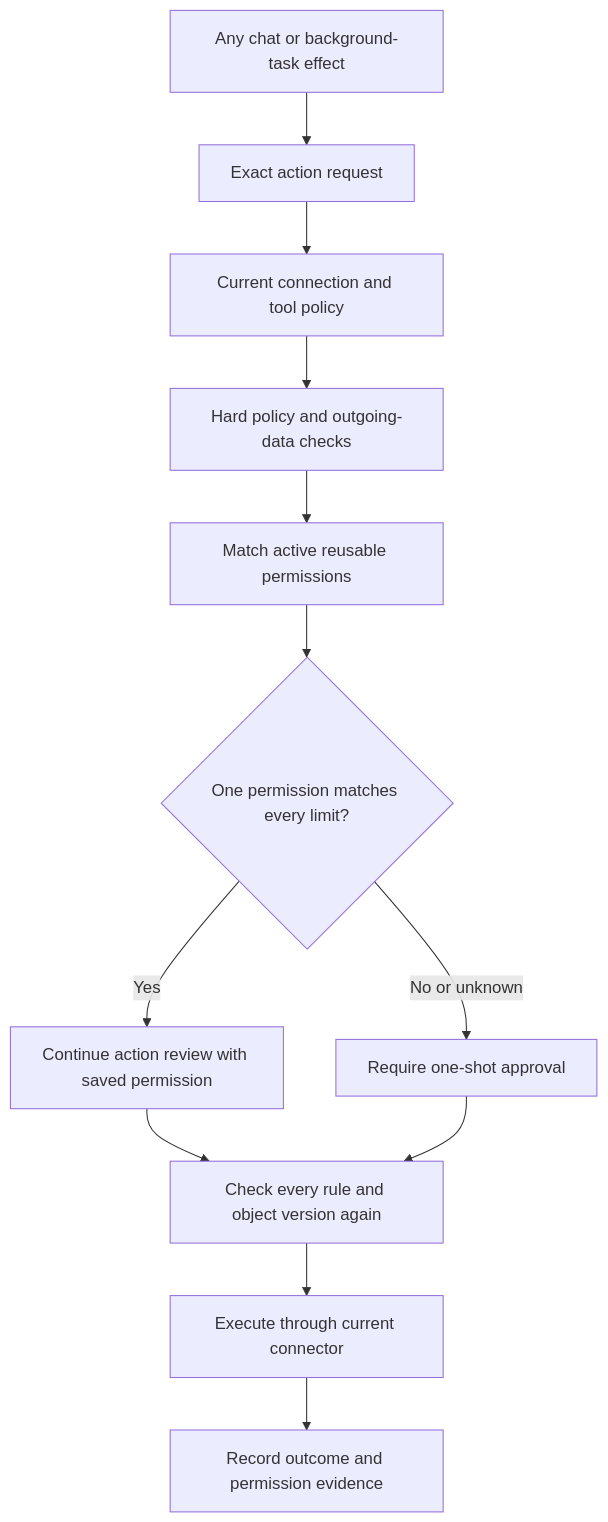
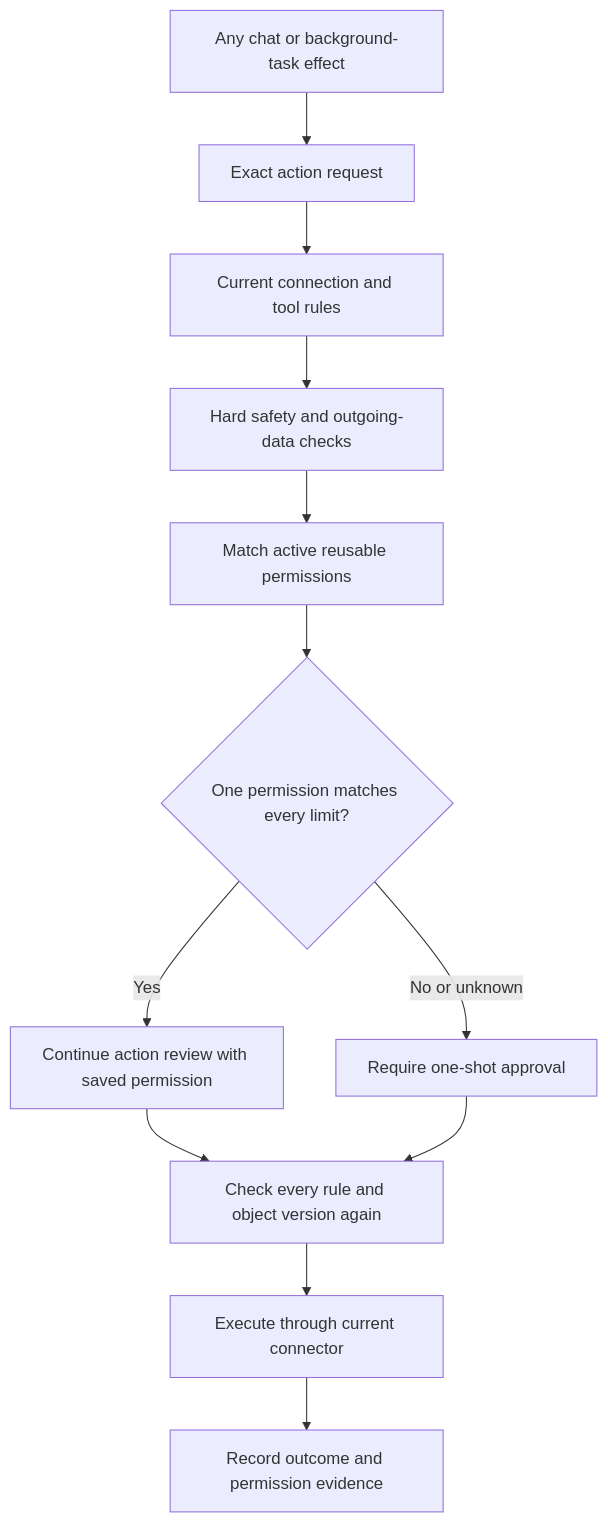
Before and after one commit to kpsuperplane/Noema: diagram 26 of 29 in docs/superpowers/plans/2026-08-08-noema-practical-reliability-roadmap.md, drawn with Mermaid. The commit also changed other lines of this file, not shown here.

Commit message:
docs: apply plain terms across roadmap

````diff
--- a/docs/superpowers/plans/2026-08-08-noema-practical-reliability-roadmap.md
+++ b/docs/superpowers/plans/2026-08-08-noema-practical-reliability-roadmap.md
@@ -1604,19 +1611,19 @@
 ```mermaid
 flowchart TD
     A["Any chat or background-task effect"]
     B["Exact action request"]
-    C["Current connection and tool policy"]
-    D["Hard policy and outgoing-data checks"]
+    C["Current connection and tool rules"]
+    D["Hard safety and outgoing-data checks"]
     E["Match active reusable permissions"]
     F{"One permission matches every limit?"}
     G["Continue action review with saved permission"]
     H["Require one-shot approval"]
     I["Check every rule and object version again"]
     J["Execute through current connector"]
     K["Record outcome and permission evidence"]
 
     A --> B --> C --> D --> E --> F
     F -->|Yes| G --> I
     F -->|No or unknown| H --> I
     I --> J --> K
 ```
````
